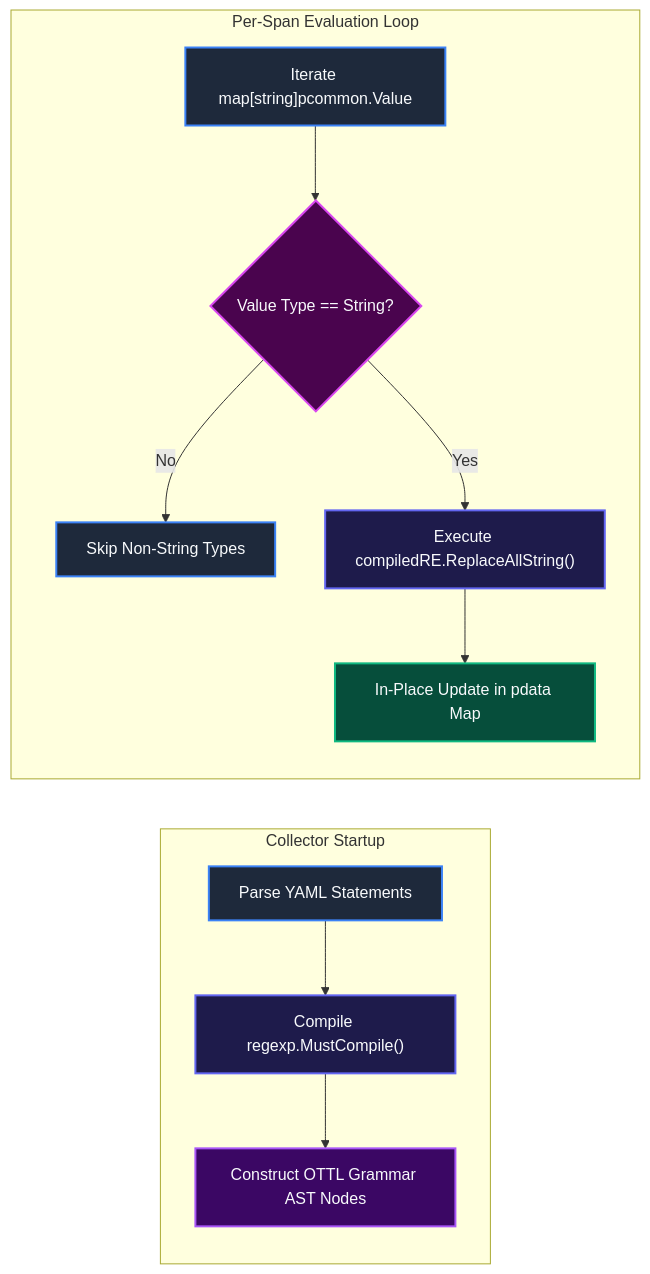
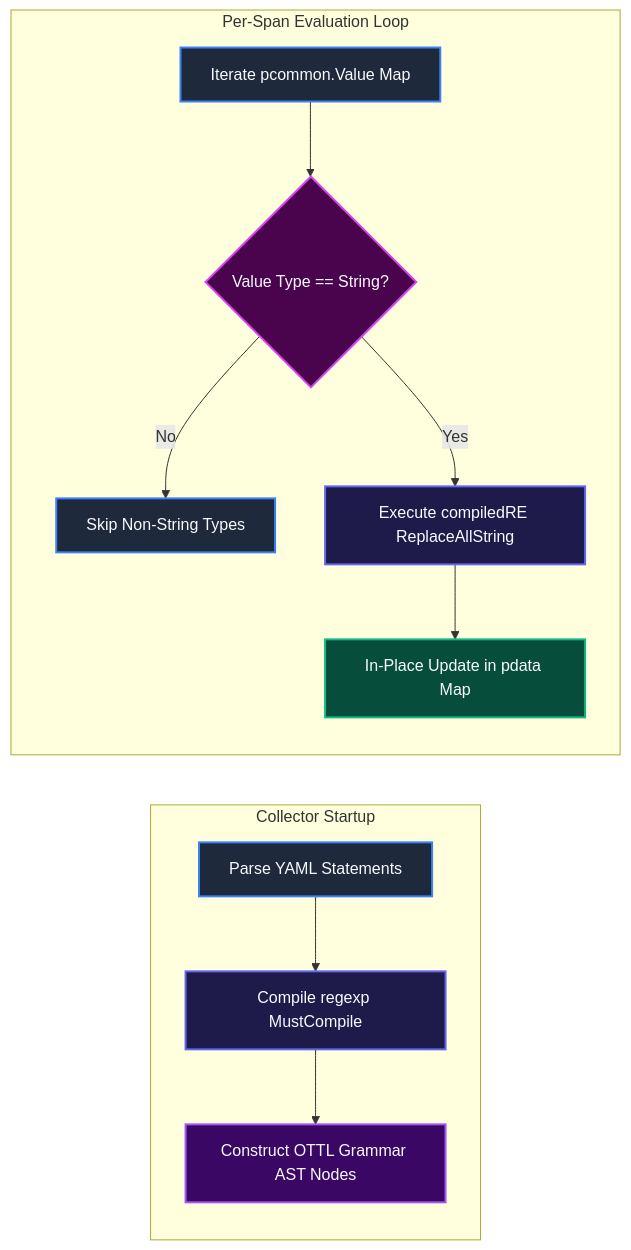
Before and after one commit to Chief-Strategist-J/llm-obs-infra: the eighth of 22 diagrams in docs/configDoc/otel-collector-configuration-guide.md, drawn with Mermaid. The commit also changed other lines of this file, not shown here.

Commit message:
fix(docs): resolve all Mermaid diagram syntax and layout rendering issues in otel configuration guide

````diff
--- a/docs/configDoc/otel-collector-configuration-guide.md
+++ b/docs/configDoc/otel-collector-configuration-guide.md
@@ -972,23 +994,23 @@
 ```mermaid
 graph LR
     subgraph BuildPhase ["Collector Startup"]
-        YAMLDoc["Parse YAML Statements"] --> CompileRE["Compile regexp.MustCompile()"]
+        YAMLDoc["Parse YAML Statements"] --> CompileRE["Compile regexp MustCompile"]
         CompileRE --> ASTNode["Construct OTTL Grammar AST Nodes"]
     end
 
     subgraph ExecPhase ["Per-Span Evaluation Loop"]
-        AttributeMap["Iterate map[string]pcommon.Value"] --> TypeCheck{"Value Type == String?"}
+        AttributeMap["Iterate pcommon.Value Map"] --> TypeCheck{"Value Type == String?"}
         TypeCheck -->|No| NextAttr["Skip Non-String Types"]
-        TypeCheck -->|Yes| ExecRegex["Execute compiledRE.ReplaceAllString()"]
+        TypeCheck -->|Yes| ExecRegex["Execute compiledRE ReplaceAllString"]
         ExecRegex --> OverwriteMap["In-Place Update in pdata Map"]
     end
 
     style YAMLDoc fill:#1e293b,stroke:#3b82f6,stroke-width:2px,color:#f8fafc
     style CompileRE fill:#1e1b4b,stroke:#6366f1,stroke-width:2px,color:#f8fafc
     style ASTNode fill:#3b0764,stroke:#a855f7,stroke-width:2px,color:#f8fafc
     style AttributeMap fill:#1e293b,stroke:#3b82f6,stroke-width:2px,color:#f8fafc
     style TypeCheck fill:#4a044e,stroke:#d946ef,stroke-width:2px,color:#f8fafc
     style NextAttr fill:#1e293b,stroke:#3b82f6,stroke-width:2px,color:#f8fafc
     style ExecRegex fill:#1e1b4b,stroke:#6366f1,stroke-width:2px,color:#f8fafc
     style OverwriteMap fill:#064e3b,stroke:#10b981,stroke-width:2px,color:#f8fafc
 ```
````
